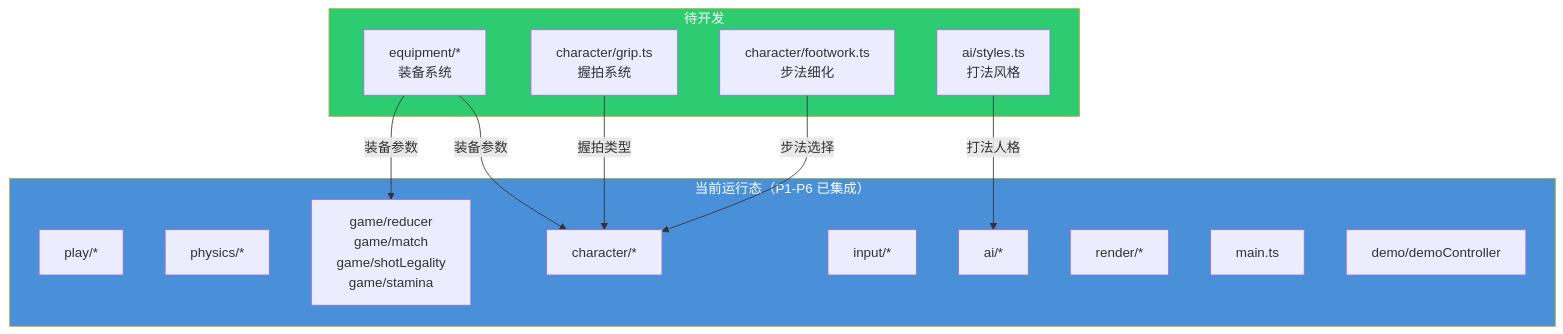
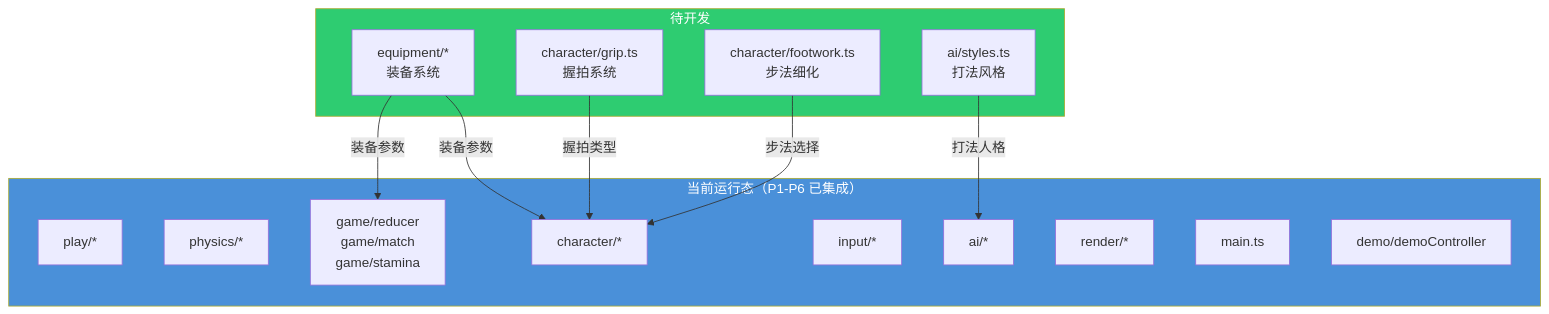
Before and after one commit to mizy/badminton-web: the third of 5 diagrams in docs/architecture.md, drawn with Mermaid. The commit also changed other lines of this file and 16 other files, not shown here.

````diff
--- a/docs/architecture.md
+++ b/docs/architecture.md
@@ -178,30 +178,30 @@
 ```mermaid
 graph TD
     subgraph Existing["当前运行态（P1-P6 已集成）"]
         PLAY[play/*]
         PHY[physics/*]
         CHAR[character/*]
         AI[ai/*]
         INP[input/*]
-        GAME[game/reducer<br/>game/match<br/>game/shotLegality<br/>game/stamina]
+        GAME[game/reducer<br/>game/match<br/>game/stamina]
         RENDER[render/*]
         MAIN[main.ts]
         DEMO[demo/demoController]
     end
 
     subgraph Future["待开发"]
         EQ[equipment/*<br/>装备系统]
         GRIP[character/grip.ts<br/>握拍系统]
         FW[character/footwork.ts<br/>步法细化]
         STYLE[ai/styles.ts<br/>打法风格]
     end
 
     EQ -->|装备参数| GAME
     EQ -->|装备参数| CHAR
     GRIP -->|握拍类型| CHAR
     FW -->|步法选择| CHAR
     STYLE -->|打法人格| AI
 
     style Existing fill:#4a90d9,color:#fff
     style Future fill:#2ecc71,color:#fff
 ```
````
